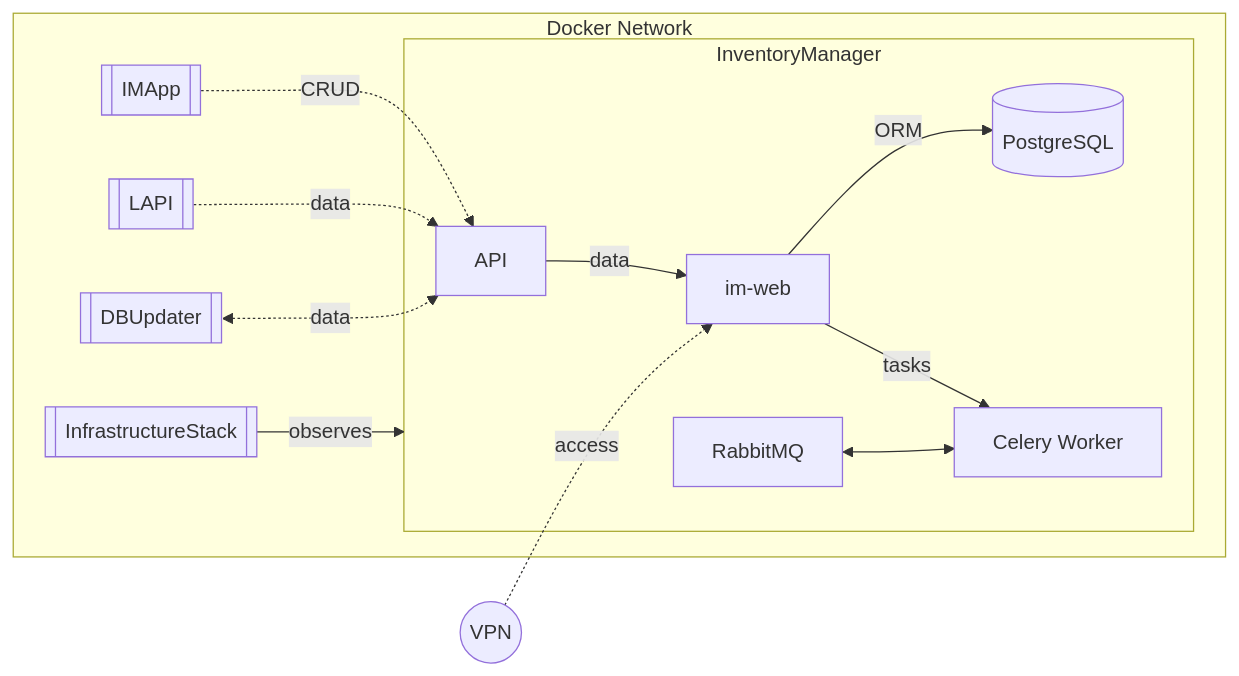
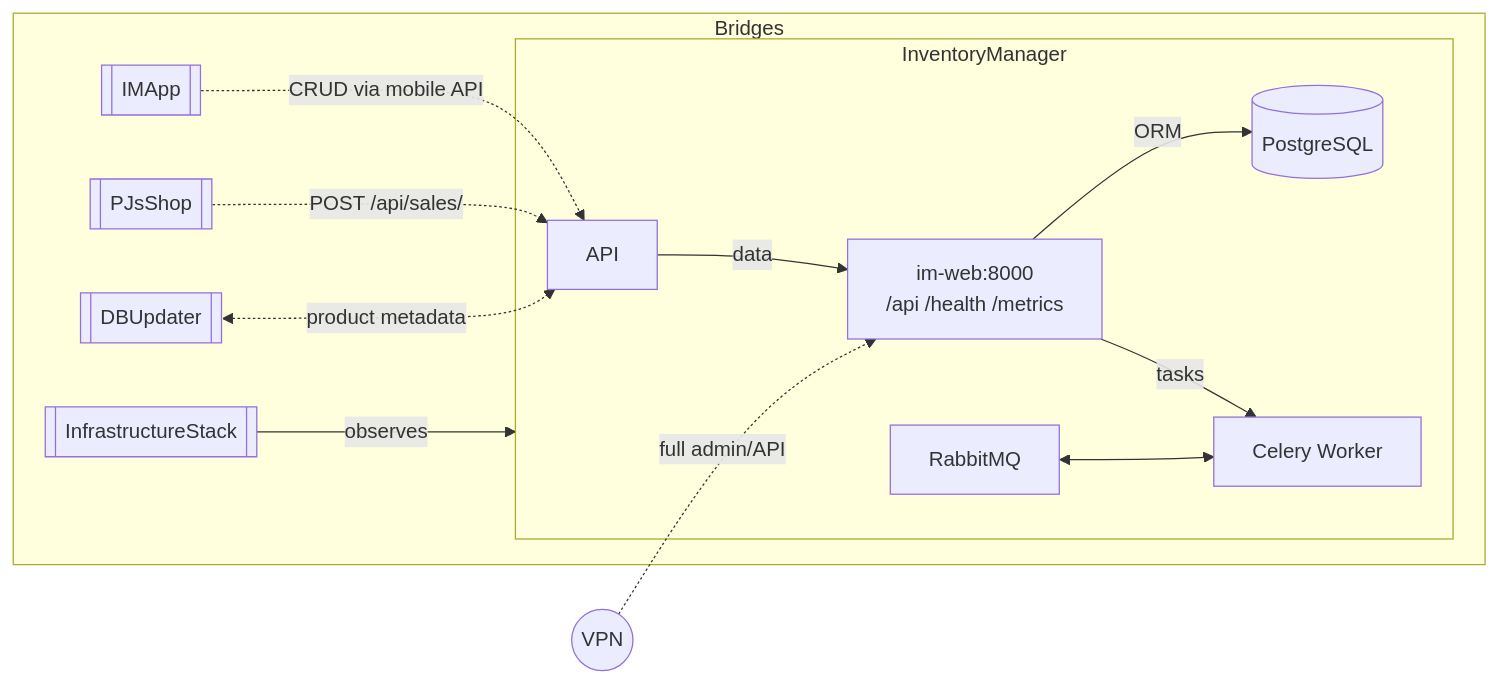
The fourth of 9 diagrams in SOFTWARE_ECOSYSTEM.md (MKRO-JWL/pjs-ecosystem-docs), drawn with Mermaid before and after one commit. The commit also changed other lines of this file, not shown here.

````diff
--- a/SOFTWARE_ECOSYSTEM.md
+++ b/SOFTWARE_ECOSYSTEM.md
@@ -286,24 +379,22 @@
 ```mermaid
 flowchart LR
     subgraph InventoryManager
         api[API]
-        im-web --> |ORM| DB
+        im-web["im-web:8000<br/>/api /health /metrics"] --> |ORM| DB
         im-web --> |tasks| celery
         rabbit[RabbitMQ] <--> celery
         celery[Celery Worker]
         api -->|data| im-web
         DB[(PostgreSQL)]
     end
-    
-    subgraph Docker Network
+    subgraph Bridges
         dbu[[DBUpdater]]
         is[[InfrastructureStack]]
-        Lex[[LAPI]]
-        IMApp[[IMApp]] -.->|CRUD| api
-        Lex -.->|data| api
+        shop[[PJsShop]]
+        IMApp[[IMApp]] -.->|CRUD via mobile API| api
+        shop -.->|POST /api/sales/| api
         is --> |observes| InventoryManager
-        dbu <-.-> |data| api
+        dbu <-.-> |product metadata| api
     end
-    VPN((VPN)) -.-> |access| im-web
-
+    VPN((VPN)) -.-> |full admin/API| im-web
 ```
````
